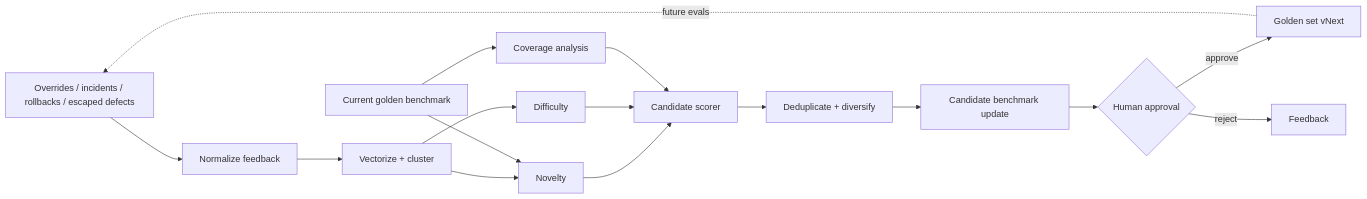
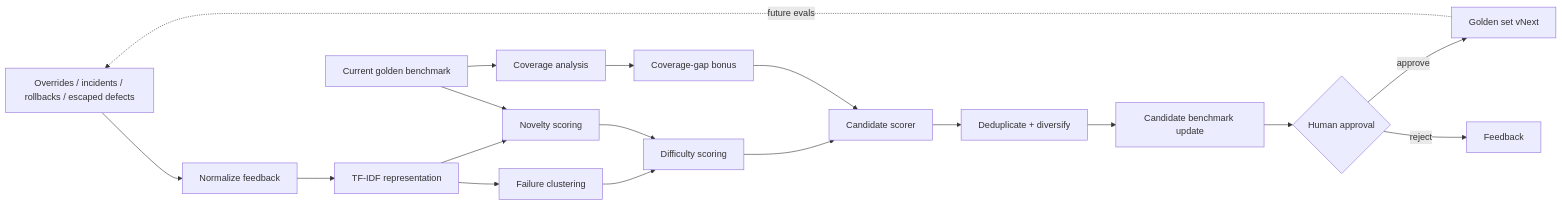
The diagram in README.md (VinayK88/GoldenSet-Factory), drawn with Mermaid before and after one commit. The commit also changed other lines of this file, not shown here.

Commit message:
Strengthen README presentation and benchmark-lifecycle narrative

````diff
--- a/README.md
+++ b/README.md
@@ -30,18 +125,20 @@
 ```mermaid
 flowchart LR
     A[Overrides / incidents / rollbacks / escaped defects] --> B[Normalize feedback]
-    B --> C[Vectorize + cluster]
-    C --> D[Novelty]
-    C --> E[Difficulty]
-    F[Current golden benchmark] --> G[Coverage analysis]
-    F --> D
-    D --> H[Candidate scorer]
+    B --> C[TF-IDF representation]
+    C --> D[Failure clustering]
+    C --> E[Novelty scoring]
+    F[Current golden benchmark] --> E
+    F --> G[Coverage analysis]
+    D --> H[Difficulty scoring]
     E --> H
-    G --> H
-    H --> I[Deduplicate + diversify]
-    I --> J[Candidate benchmark update]
-    J --> K{Human approval}
-    K -->|approve| L[Golden set vNext]
-    K -->|reject| M[Feedback]
-    L -. future evals .-> A
+    G --> I[Coverage-gap bonus]
+    H --> J[Candidate scorer]
+    I --> J
+    J --> K[Deduplicate + diversify]
+    K --> L[Candidate benchmark update]
+    L --> M{Human approval}
+    M -->|approve| N[Golden set vNext]
+    M -->|reject| O[Feedback]
+    N -. future evals .-> A
 ```
````
